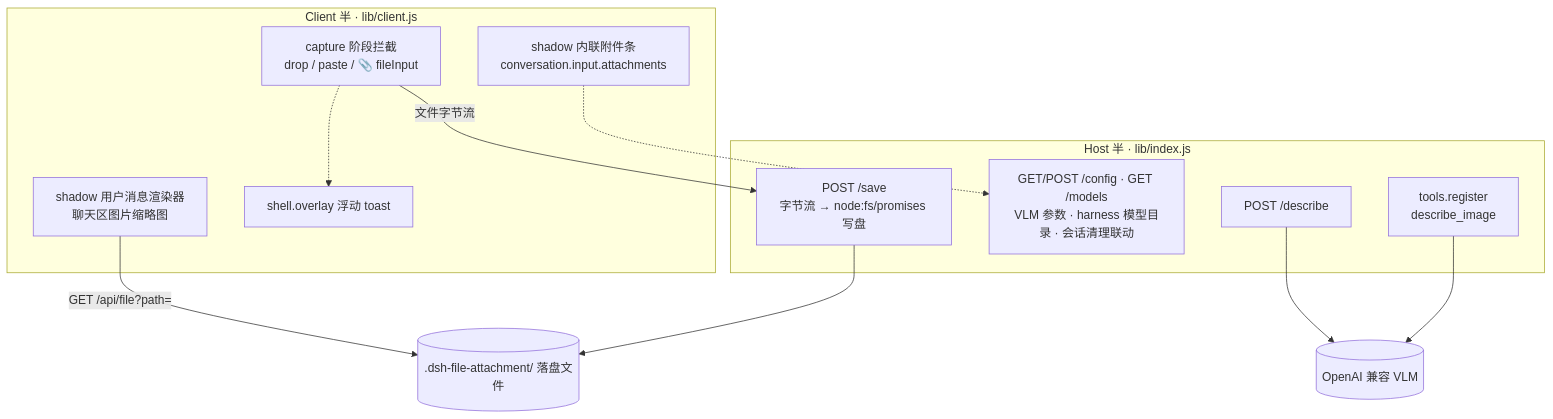
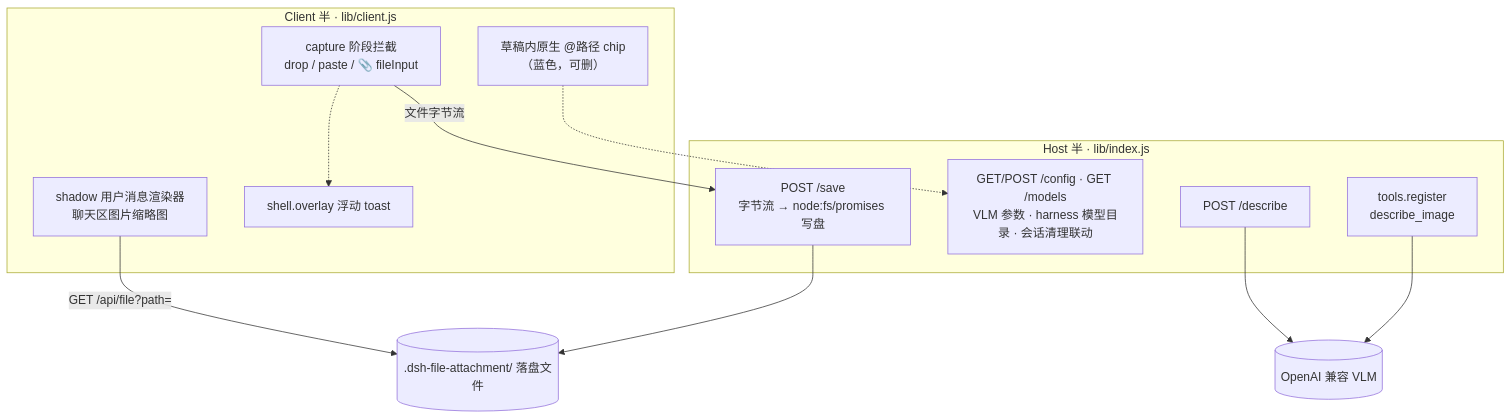
One commit to xinstart-1/dsh-files-fallback changed the second of 2 diagrams in README.md. Above: the diagram before and after it, drawn with Mermaid. The commit also changed other lines of this file and 3 other files, not shown here.

````diff
--- a/README.md
+++ b/README.md
@@ -170,23 +172,23 @@
 ```mermaid
 flowchart TB
     subgraph client["Client 半 · lib/client.js"]
         C1["capture 阶段拦截<br/>drop / paste / 📎 fileInput"]
-        C2["shadow 内联附件条<br/>conversation.input.attachments"]
+        C2["草稿内原生 @路径 chip<br/>（蓝色，可删）"]
         C3["shadow 用户消息渲染器<br/>聊天区图片缩略图"]
         C4["shell.overlay 浮动 toast"]
     end
     subgraph host["Host 半 · lib/index.js"]
         H1["POST /save<br/>字节流 → node:fs/promises 写盘"]
         H2["GET/POST /config · GET /models<br/>VLM 参数 · harness 模型目录 · 会话清理联动"]
         H3["POST /describe"]
         H4["tools.register<br/>describe_image"]
     end
     VLM[("OpenAI 兼容 VLM")]
     C1 -- "文件字节流" --> H1
     C2 -.-> H2
     C1 -.-> C4
     H3 --> VLM
     H4 --> VLM
     C3 -- "GET /api/file?path=" --> FS[(".dsh-file-attachment/ 落盘文件")]
     H1 --> FS
 ```
````
